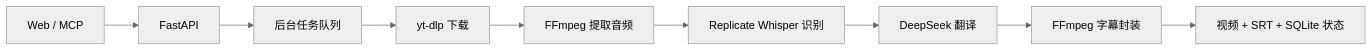
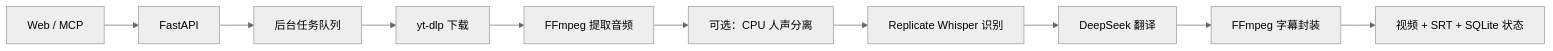
Before and after one commit to S-zhi/LynxSense: the second of 2 diagrams in README.md, drawn with Mermaid (neutral theme). The commit also changed other lines of this file and 17 other files, not shown here.

````diff
--- a/README.md
+++ b/README.md
@@ -295,11 +295,12 @@
 ```mermaid
 flowchart LR
     Client["Web / MCP"] --> API["FastAPI"]
     API --> Runner["后台任务队列"]
     Runner --> Download["yt-dlp 下载"]
     Download --> Audio["FFmpeg 提取音频"]
-    Audio --> ASR["Replicate Whisper 识别"]
+    Audio --> Separate["可选：CPU 人声分离"]
+    Separate --> ASR["Replicate Whisper 识别"]
     ASR --> Translate["DeepSeek 翻译"]
     Translate --> Burn["FFmpeg 字幕封装"]
     Burn --> Store["视频 + SRT + SQLite 状态"]
 ```
````
